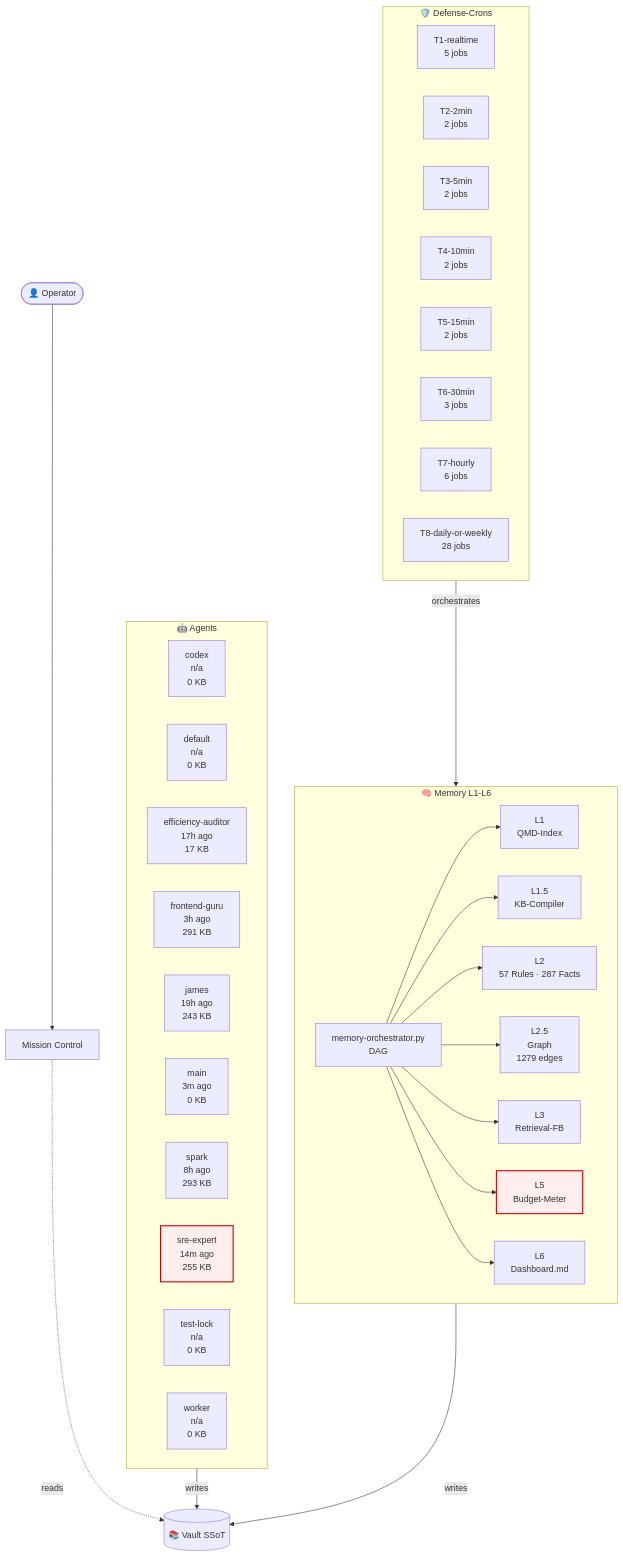
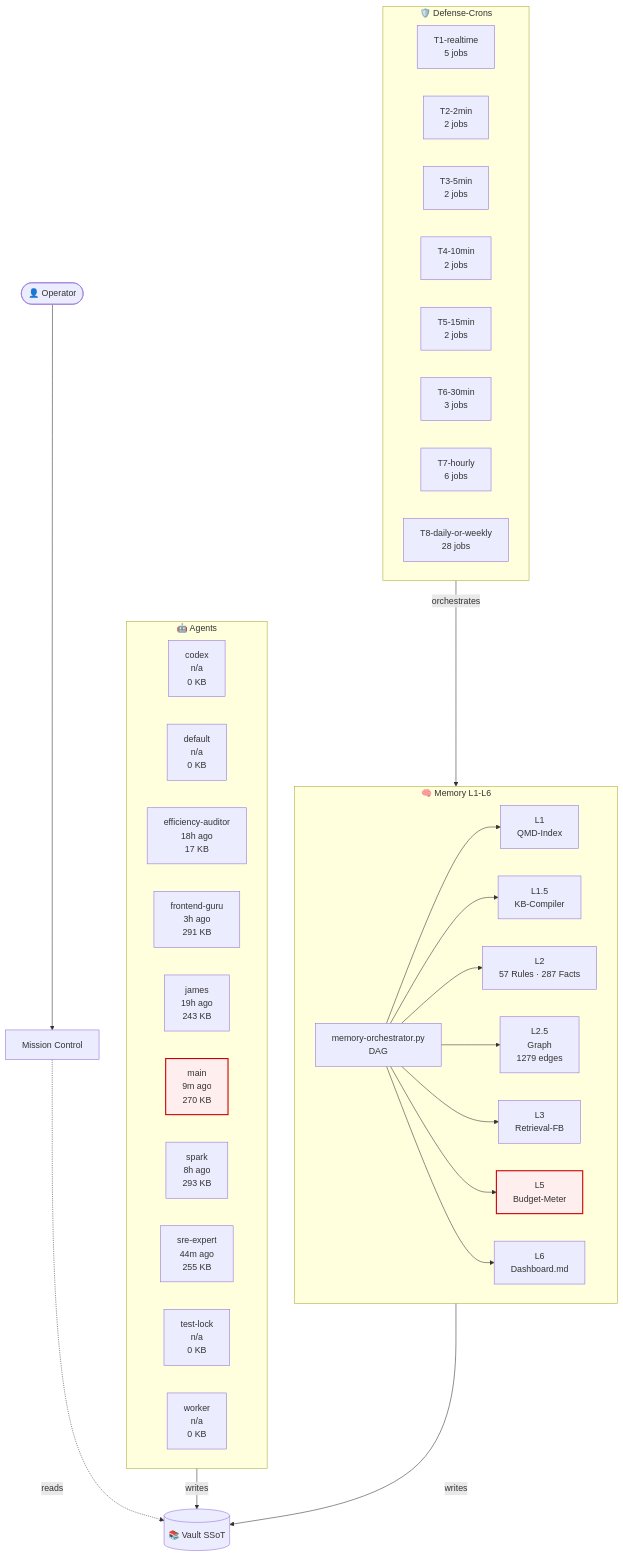
The diagram in 03-Agents/architecture-live.md (lenardhuebner88-rgb/openclaw-memory), drawn with Mermaid before and after one commit. The commit also changed other lines of this file and 15 other files, not shown here.

````diff
--- a/03-Agents/architecture-live.md
+++ b/03-Agents/architecture-live.md
@@ -18,53 +18,53 @@
 ```mermaid
 flowchart TB
     classDef critical fill:#fee,stroke:#c00,stroke-width:2px;
     subgraph AGT["🤖 Agents"]
         agent_codex["codex<br/>n/a<br/>0 KB"]
         agent_default["default<br/>n/a<br/>0 KB"]
-        agent_efficiency_auditor["efficiency-auditor<br/>17h ago<br/>17 KB"]
+        agent_efficiency_auditor["efficiency-auditor<br/>18h ago<br/>17 KB"]
         agent_frontend_guru["frontend-guru<br/>3h ago<br/>291 KB"]
         agent_james["james<br/>19h ago<br/>243 KB"]
-        agent_main["main<br/>3m ago<br/>0 KB"]
+        agent_main["main<br/>9m ago<br/>270 KB"]
         agent_spark["spark<br/>8h ago<br/>293 KB"]
-        agent_sre_expert["sre-expert<br/>14m ago<br/>255 KB"]
+        agent_sre_expert["sre-expert<br/>44m ago<br/>255 KB"]
         agent_test_lock["test-lock<br/>n/a<br/>0 KB"]
         agent_worker["worker<br/>n/a<br/>0 KB"]
     end
     subgraph MEM["🧠 Memory L1-L6"]
         L1["L1<br/>QMD-Index"]
         L15["L1.5<br/>KB-Compiler"]
         L2["L2<br/>57 Rules · 287 Facts"]
         L25["L2.5<br/>Graph<br/>1279 edges"]
         L3["L3<br/>Retrieval-FB"]
         L5["L5<br/>Budget-Meter"]
         L6["L6<br/>Dashboard.md"]
         ORCH["memory-orchestrator.py<br/>DAG"]
     end
     subgraph CRN["🛡️ Defense-Crons"]
         tier_T1_realtime["T1-realtime<br/>5 jobs"]
         tier_T2_2min["T2-2min<br/>2 jobs"]
         tier_T3_5min["T3-5min<br/>2 jobs"]
         tier_T4_10min["T4-10min<br/>2 jobs"]
         tier_T5_15min["T5-15min<br/>2 jobs"]
         tier_T6_30min["T6-30min<br/>3 jobs"]
         tier_T7_hourly["T7-hourly<br/>6 jobs"]
         tier_T8_daily_or_weekly["T8-daily-or-weekly<br/>28 jobs"]
     end
     VAULT[("📚 Vault SSoT")]
     OP([👤 Operator])
     MC["Mission Control"]
     OP --> MC
     MC -.reads.-> VAULT
     AGT -->|writes| VAULT
     MEM -->|writes| VAULT
     ORCH --> L1
     ORCH --> L15
     ORCH --> L2
     ORCH --> L25
     ORCH --> L3
     ORCH --> L5
     ORCH --> L6
     CRN -->|orchestrates| MEM
     class L5 critical
-    class agent_sre_expert critical
+    class agent_main critical
 ```
````
